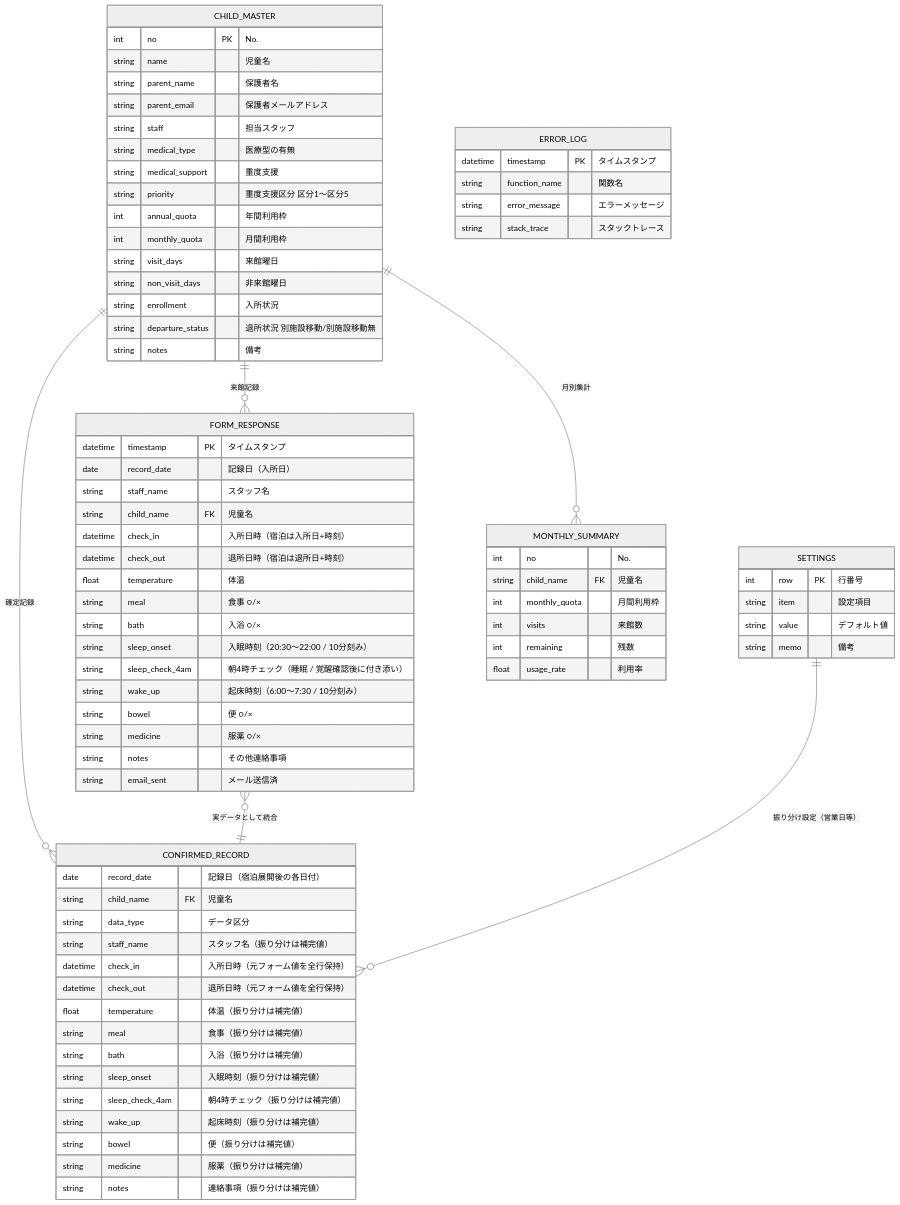
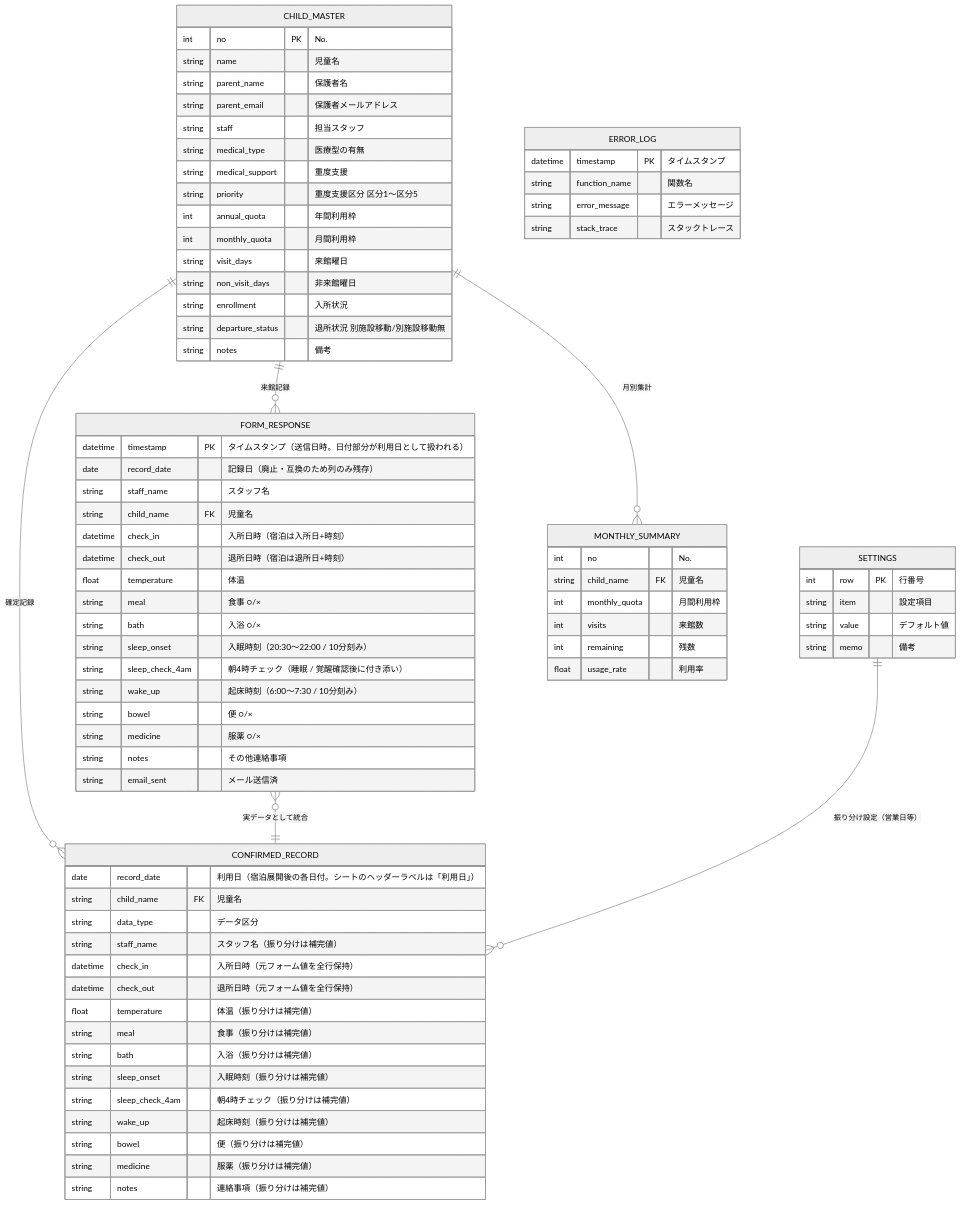
The diagram in docs/er-diagram.md (Tatetsu/oen-yorimado), drawn with Mermaid (neutral theme) before and after one commit. The commit also changed other lines of this file and 11 other files, not shown here.

```diff
--- a/docs/er-diagram.md
+++ b/docs/er-diagram.md
@@ -30,8 +30,8 @@
     }
 
     FORM_RESPONSE {
-        datetime timestamp PK "タイムスタンプ"
-        date record_date "記録日（入所日）"
+        datetime timestamp PK "タイムスタンプ（送信日時。日付部分が利用日として扱われる）"
+        date record_date "記録日（廃止・互換のため列のみ残存）"
         string staff_name "スタッフ名"
         string child_name FK "児童名"
         datetime check_in "入所日時（宿泊は入所日+時刻）"
@@ -56,7 +56,7 @@
     }
 
     CONFIRMED_RECORD {
-        date record_date "記録日（宿泊展開後の各日付）"
+        date record_date "利用日（宿泊展開後の各日付。シートのヘッダーラベルは「利用日」）"
         string child_name FK "児童名"
         string data_type "データ区分"
         string staff_name "スタッフ名（振り分けは補完値）"
```
